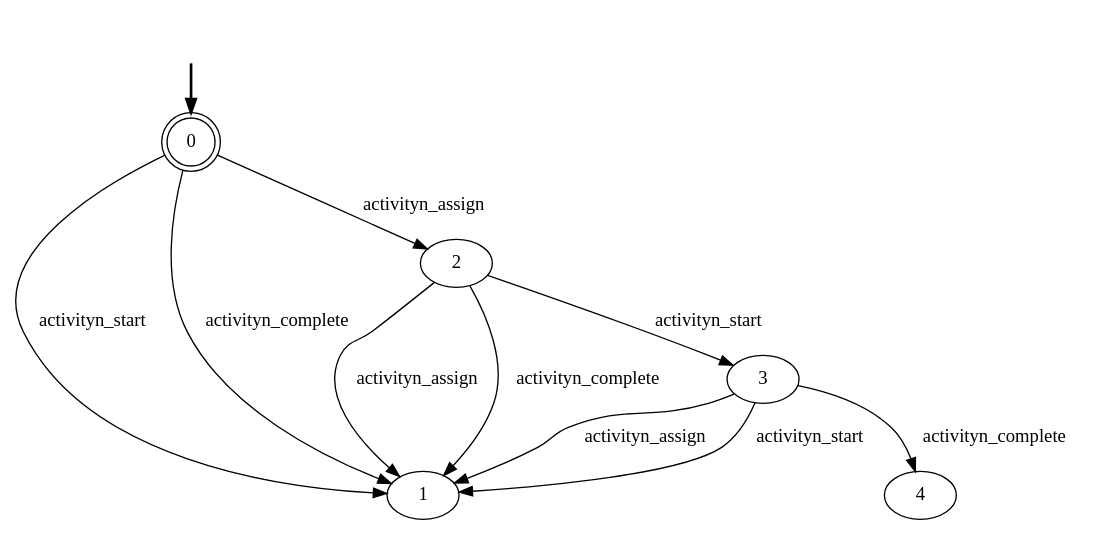
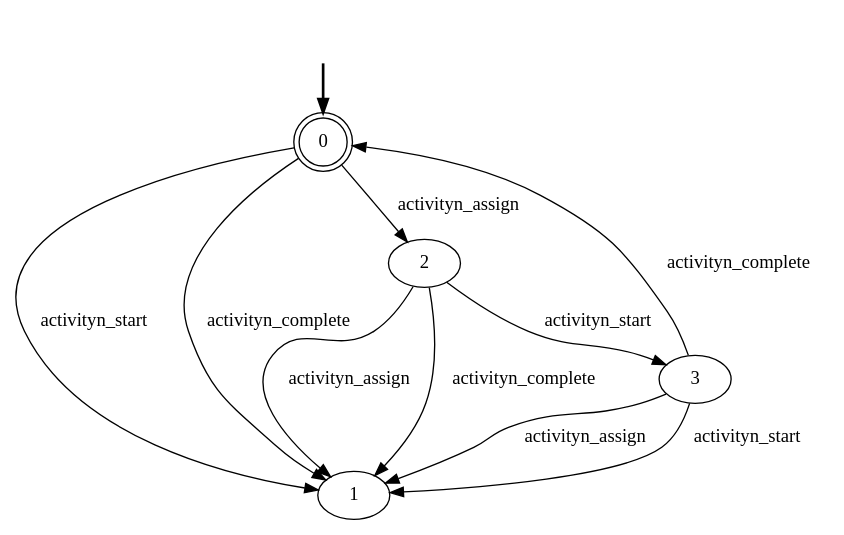
One commit to GianmarcoBordin/pddlTranslator changed the diagram in out/production/Aligner/lifecycle/activityn__lifecycle.dot. Above: the diagram before and after it, drawn with Graphviz. The commit also changed 101 other files, not shown here.

```diff
--- a/out/production/Aligner/lifecycle/activityn__lifecycle.dot
+++ b/out/production/Aligner/lifecycle/activityn__lifecycle.dot
@@ -1,17 +1,17 @@
 digraph {
 	fake0 [style=invisible]
 	0 [root=true] [shape=doublecircle]
 	1
 	2
 	3
 	fake0 -> 0 [style=bold]
 	2 -> 1 [label=activityn_assign]
 	2 -> 3 [label=activityn_start]
 	2 -> 1 [label=activityn_complete]
 	3 -> 1 [label=activityn_assign]
 	3 -> 1 [label=activityn_start]
-	3 -> 4 [label=activityn_complete]
+	3 -> 0 [label=activityn_complete]
 	0 -> 2 [label=activityn_assign]
 	0 -> 1 [label=activityn_start]
 	0 -> 1 [label=activityn_complete]
 }
```
